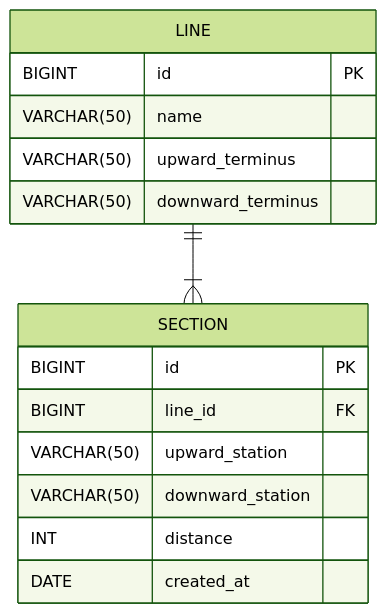
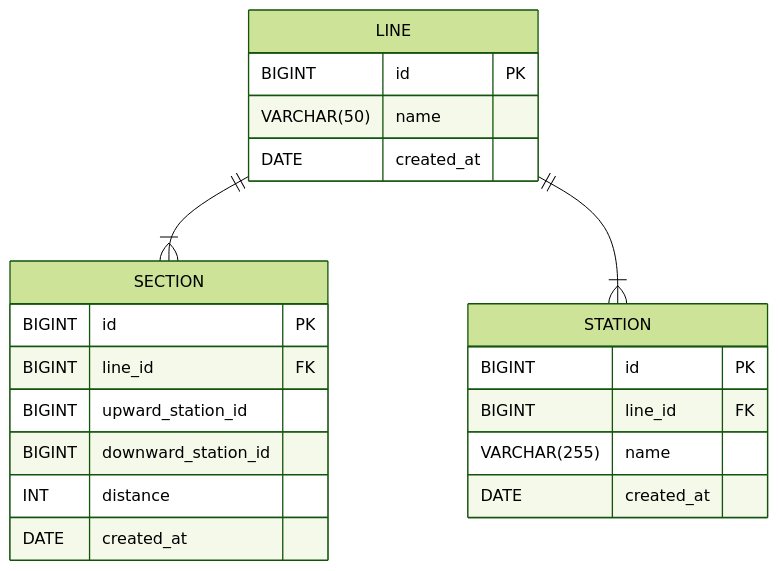
Before and after one commit to woowacourse/jwp-subway-path: the third of 3 diagrams in README.md, drawn with Mermaid (forest theme). The commit also changed other lines of this file and 5 other files, not shown here.

````diff
--- a/README.md
+++ b/README.md
@@ -41,18 +53,24 @@
 ```mermaid
 erDiagram
-    LINE ||--|{ SECTION : ""
-	LINE {
+  LINE ||--|{ SECTION : ""
+  LINE ||--|{ STATION : ""
+  LINE {
 		BIGINT id PK
 		VARCHAR(50) name
-		VARCHAR(50) upward_terminus
-		VARCHAR(50) downward_terminus
+        DATE created_at
 	}
     SECTION {
         BIGINT id PK
         BIGINT line_id FK
-        VARCHAR(50) upward_station
-        VARCHAR(50) downward_station
+        BIGINT upward_station_id
+        BIGINT downward_station_id
         INT distance
         DATE created_at
     }
+    STATION {
+        BIGINT id PK
+        BIGINT line_id FK
+        VARCHAR(255) name
+        DATE created_at
+    }
 ```
````
